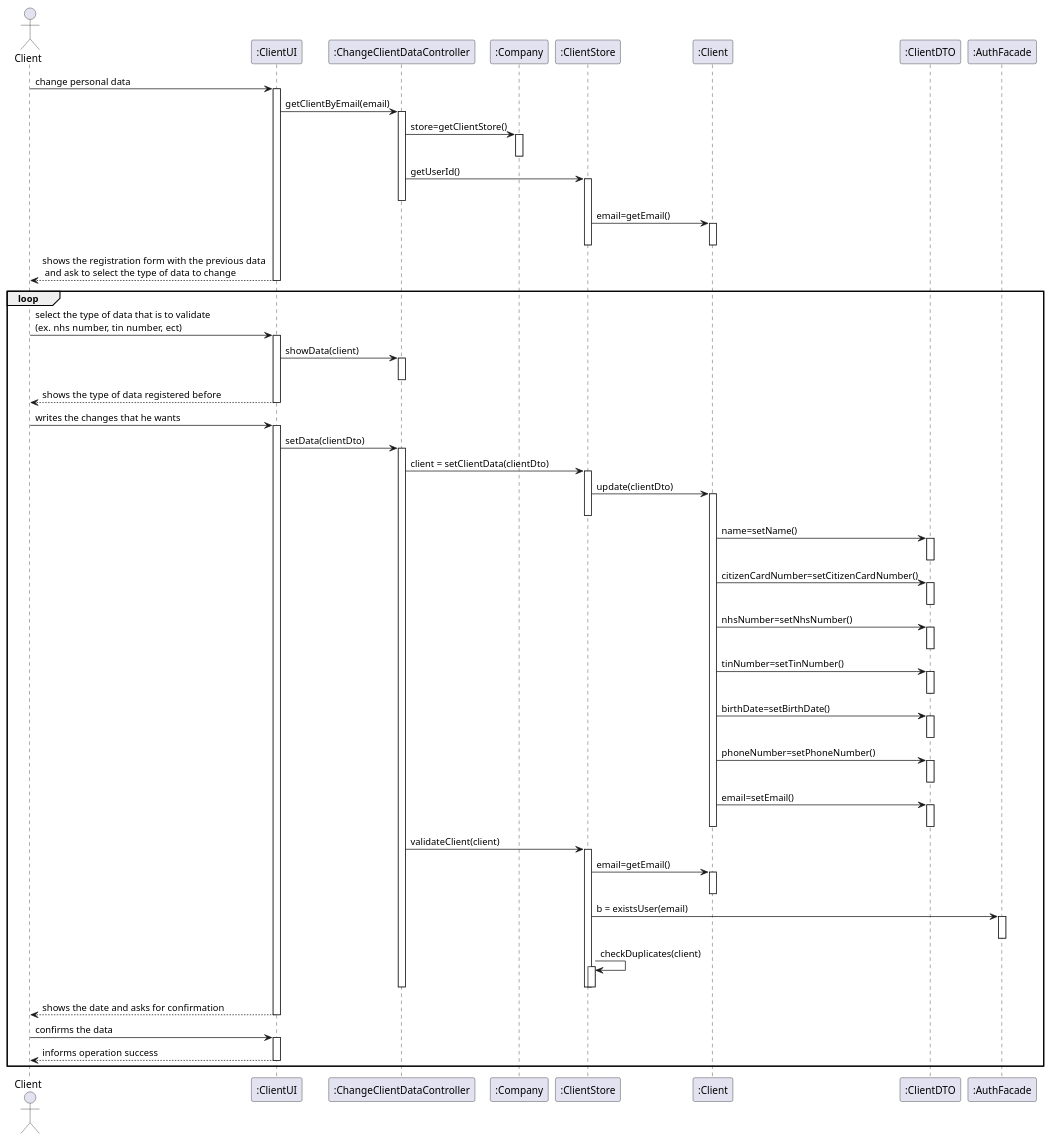
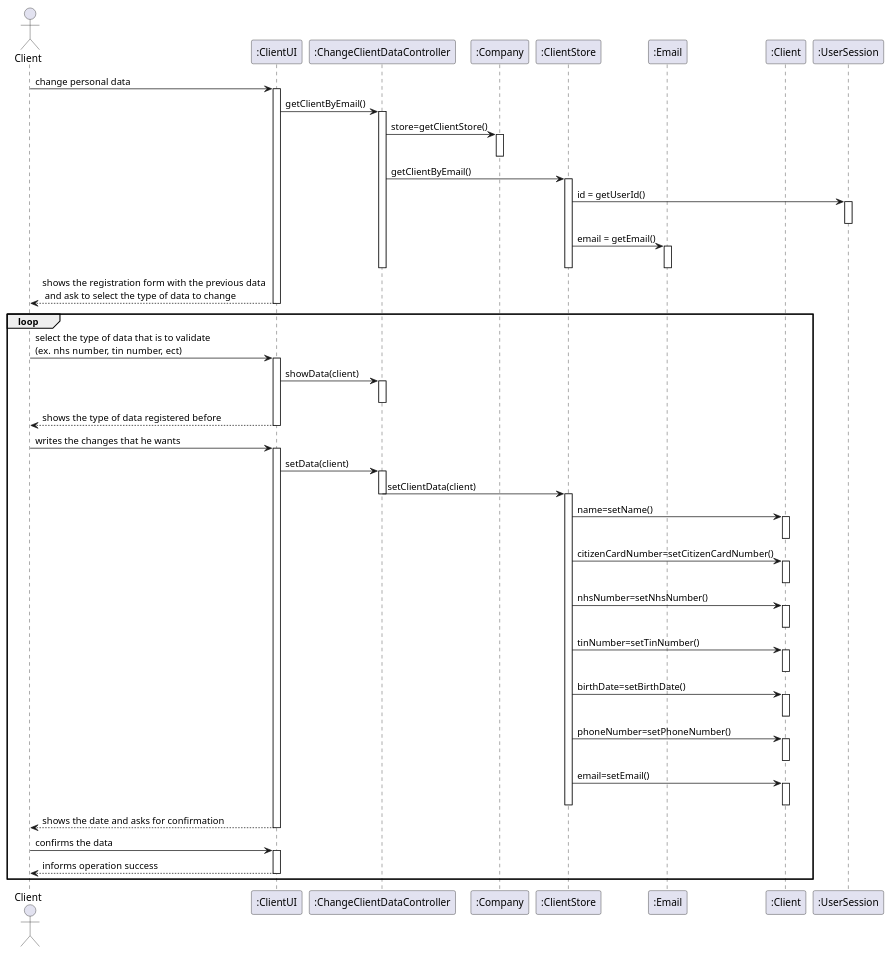
One commit to GuilhermeCunha79/lapr2 changed the diagram in docs/SprintD/US2/US02_SD.puml. Above: the diagram before and after it, drawn with PlantUML. The commit also changed 3 other files, not shown here.

Commit message:
Update of the SD diagram [US-02] [Requirements Engineering]

```diff
--- a/docs/SprintD/US2/US02_SD.puml
+++ b/docs/SprintD/US2/US02_SD.puml
@@ -1,108 +1,99 @@
 @startuml
 'https://plantuml.com/sequence-diagram
 
 actor Client as CLT
 participant ":ClientUI" as UI
 participant ":ChangeClientDataController" as CTRL
 participant ":Company" as COMP
 participant ":ClientStore" as STR
+participant ":Email" as EM
 participant ":Client" as CL
-participant ":ClientDTO" as CLDTO
-participant ":AuthFacade" as AF
+participant ":UserSession" as US
 
 CLT -> UI : change personal data
 activate UI
-UI-> CTRL : getClientByEmail(email)
+UI-> CTRL : getClientByEmail()
 activate CTRL
 CTRL-> COMP : store=getClientStore()
 activate COMP
 deactivate COMP
-CTRL->STR : getUserId()
+CTRL->STR : getClientByEmail()
+activate STR
+STR -> US : id = getUserId()
+activate US
+deactivate US
 
-activate STR
+STR->EM: email = getEmail()
+activate EM
+deactivate EM
+
+deactivate STR
+
+
 deactivate CTRL
-STR->CL: email=getEmail()
-activate CL
-deactivate CL
-deactivate STR
+
+
+
 UI--> CLT : shows the registration form with the previous data \n and ask to select the type of data to change
 
 
 deactivate UI
 
 
 
 
 
 
 
 
 loop
 CLT -> UI : select the type of data that is to validate\n(ex. nhs number, tin number, ect)
 activate UI
 UI-> CTRL : showData(client)
 activate CTRL
 deactivate CTRL
 UI--> CLT : shows the type of data registered before
 
 deactivate UI
 
 CLT -> UI : writes the changes that he wants
 activate UI
-UI-> CTRL : setData(clientDto)
+UI-> CTRL : setData(client)
 activate CTRL
-CTRL->STR :client = setClientData(clientDto)
+CTRL->STR :setClientData(client)
+deactivate CTRL
 
 activate STR
-
-STR->CL : update(clientDto)
+STR->CL : name=setName()
 activate CL
+deactivate CL
+STR->CL : citizenCardNumber=setCitizenCardNumber()
+activate CL
+deactivate CL
+STR->CL : nhsNumber=setNhsNumber()
+activate CL
+deactivate CL
+STR->CL : tinNumber=setTinNumber()
+activate CL
+deactivate CL
+STR->CL : birthDate=setBirthDate()
+activate CL
+deactivate CL
+STR->CL : phoneNumber=setPhoneNumber()
+activate CL
+deactivate CL
+STR->CL : email=setEmail()
+activate CL
+deactivate CL
 deactivate STR
-CL->CLDTO : name=setName()
-activate CLDTO
-deactivate CLDTO
-CL->CLDTO : citizenCardNumber=setCitizenCardNumber()
-activate CLDTO
-deactivate CLDTO
-CL->CLDTO: nhsNumber=setNhsNumber()
-activate CLDTO
-deactivate CLDTO
-CL->CLDTO : tinNumber=setTinNumber()
-activate CLDTO
-deactivate CLDTO
-CL->CLDTO : birthDate=setBirthDate()
-activate CLDTO
-deactivate CLDTO
-CL->CLDTO : phoneNumber=setPhoneNumber()
-activate CLDTO
-deactivate CLDTO
-CL->CLDTO : email=setEmail()
-activate CLDTO
-deactivate CLDTO
-deactivate CL
-
-CTRL -> STR: validateClient(client)
-        activate STR
-        STR -> CL : email=getEmail()
-        activate CL
-        deactivate CL
-        STR -> AF : b = existsUser(email)
-        activate AF
-        deactivate AF
-        STR -> STR : checkDuplicates(client)
-        activate STR
-        deactivate STR
-        deactivate STR
-deactivate CTRL
-
 UI--> CLT : shows the date and asks for confirmation
 deactivate UI
 
 
 CLT -> UI : confirms the data
 activate UI
 UI--> CLT : informs operation success
 deactivate UI
 end
 
 @enduml
```
